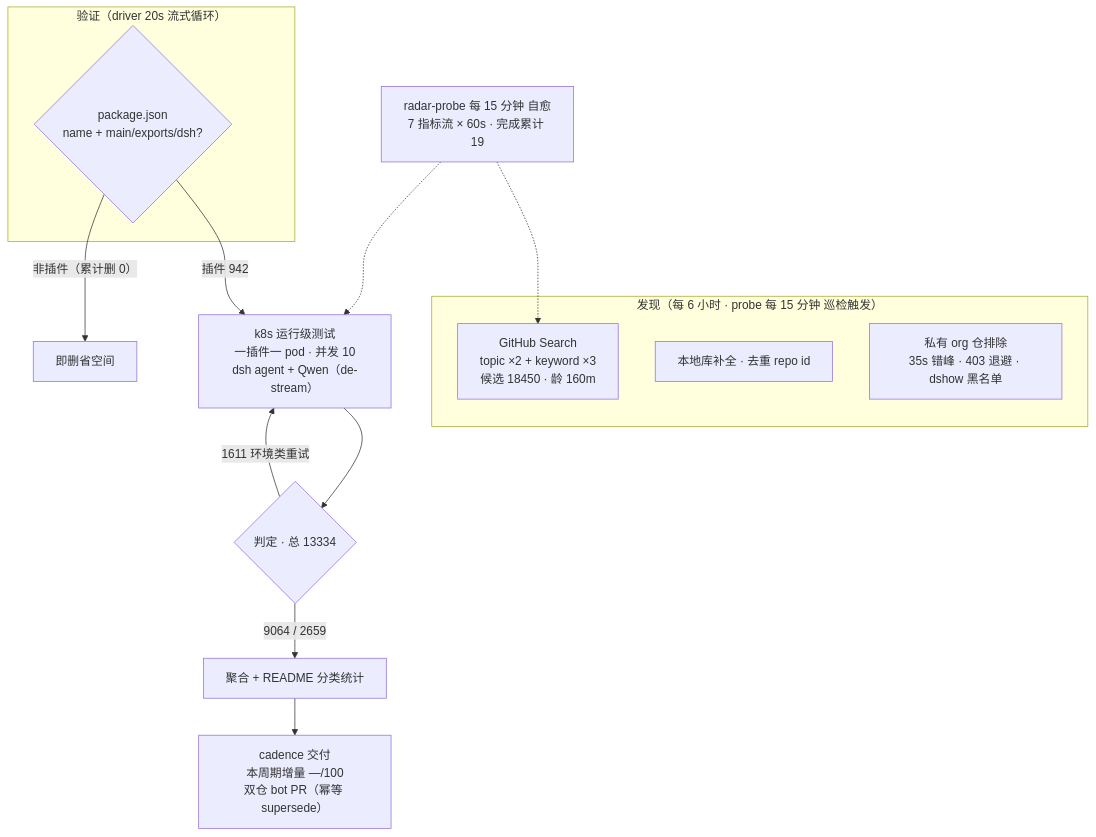
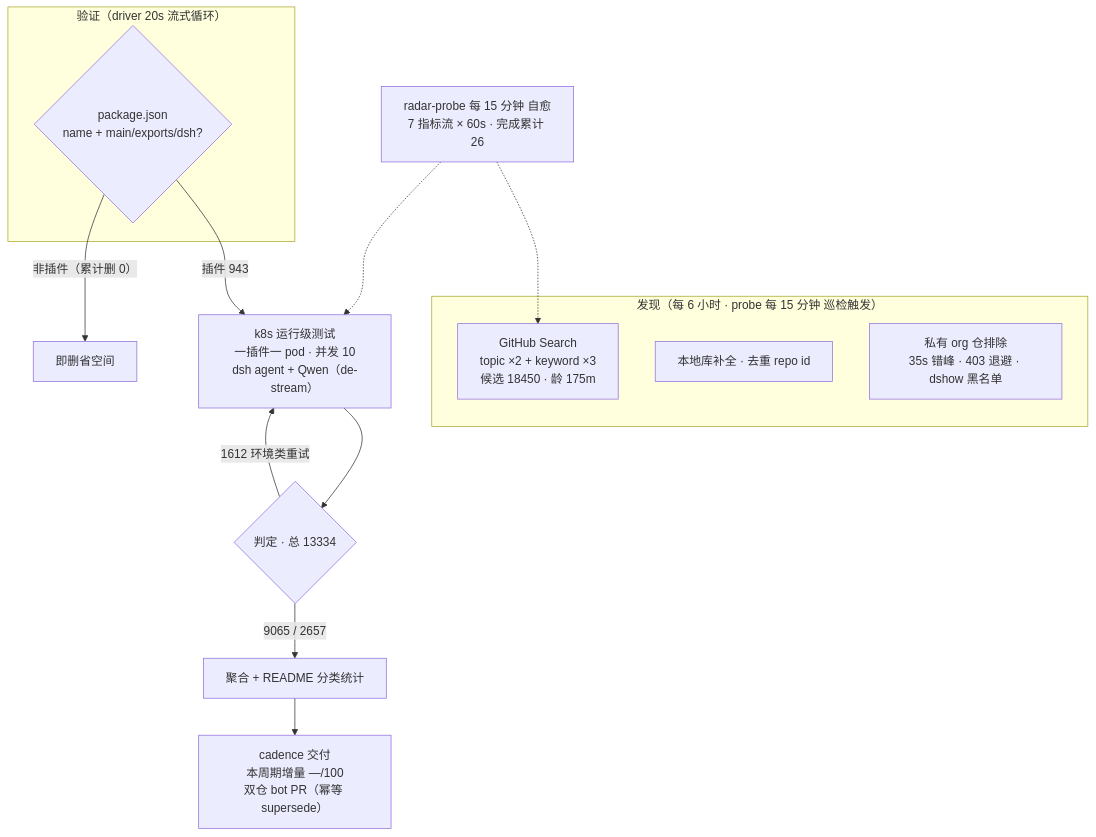
Before and after one commit to AdamPlatin123/awesome-dsh-plugins: the diagram in README.md, drawn with Mermaid. The commit also changed other lines of this file and 8 other files, not shown here.

````diff
--- a/README.md
+++ b/README.md
@@ -52,20 +52,20 @@
 ```mermaid
 flowchart TB
     subgraph Discovery["发现（每 6 小时 · probe 每 15 分钟 巡检触发）"]
-        A1["GitHub Search<br/>topic ×2 + keyword ×3<br/>候选 18450 · 龄 160m"]
+        A1["GitHub Search<br/>topic ×2 + keyword ×3<br/>候选 18450 · 龄 175m"]
         A2["本地库补全 · 去重 repo id"]
         A3["私有 org 仓排除<br/>35s 错峰 · 403 退避 · dshow 黑名单"]
     end
     subgraph Validation["验证（driver 20s 流式循环）"]
         B1{"package.json<br/>name + main/exports/dsh?"}
     end
-    B1 -->|"插件 942"| C1["k8s 运行级测试<br/>一插件一 pod · 并发 10<br/>dsh agent + Qwen（de-stream）"]
+    B1 -->|"插件 943"| C1["k8s 运行级测试<br/>一插件一 pod · 并发 10<br/>dsh agent + Qwen（de-stream）"]
     B1 -->|"非插件（累计删 0）"| B3["即删省空间"]
     C1 --> D1{"判定 · 总 13334"}
-    D1 -->|"9064 / 2659"| E1["聚合 + README 分类统计"]
-    D1 -->|"1611 环境类重试"| C1
+    D1 -->|"9065 / 2657"| E1["聚合 + README 分类统计"]
+    D1 -->|"1612 环境类重试"| C1
     E1 --> E2["cadence 交付<br/>本周期增量 —/100<br/>双仓 bot PR（幂等 supersede）"]
-    M["radar-probe 每 15 分钟 自愈<br/>7 指标流 × 60s · 完成累计 19"]
+    M["radar-probe 每 15 分钟 自愈<br/>7 指标流 × 60s · 完成累计 26"]
     M -.-> A1
     M -.-> C1
 ```
````
